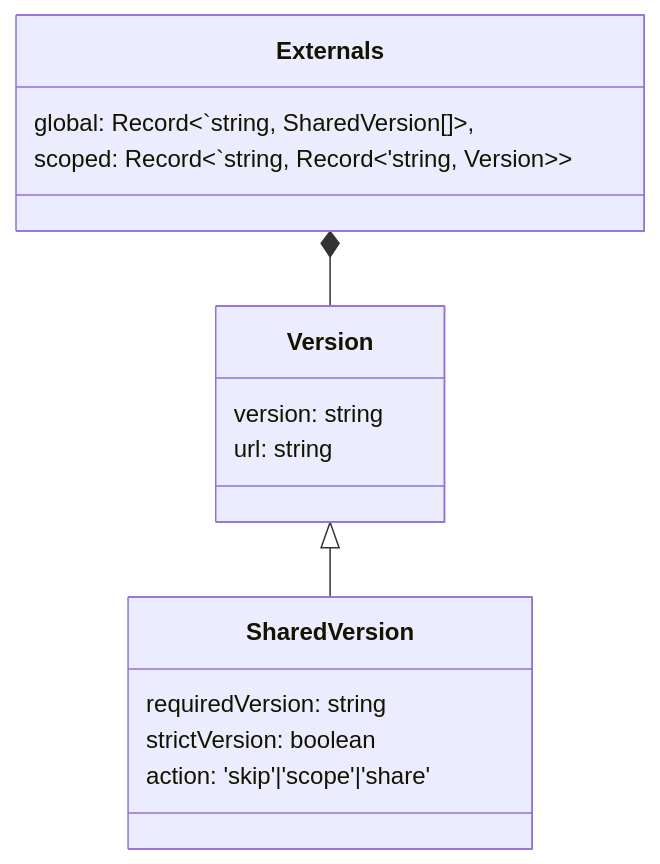
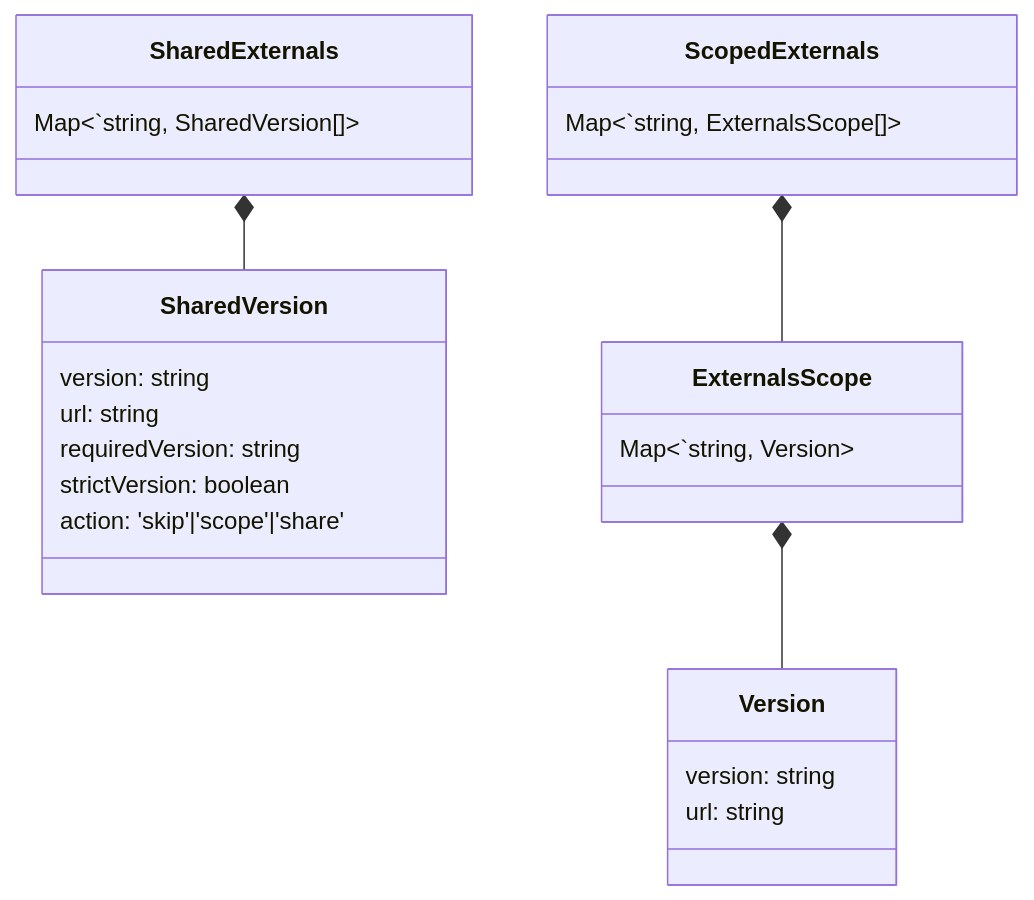
The diagram in docs/domain/externals.md (topicusonderwijs/vanilla-native-federation), drawn with Mermaid before and after one commit. The commit also changed other lines of this file and 14 other files, not shown here.

Commit message:
fix: Broke externals up into 2 entries: shared and scoped

````diff
--- a/docs/domain/externals.md
+++ b/docs/domain/externals.md
@@ -8,21 +8,29 @@
 ```mermaid
 classDiagram
-    Externals *-- Version
-    Version <|-- SharedVersion
+    SharedExternals *-- SharedVersion
+    ScopedExternals *-- ExternalsScope
+    ExternalsScope *-- Version
 
-    class Externals {
-        global: Record<`string, SharedVersion[]>,
-        scoped: Record<`string, Record<'string, Version>>
+    class SharedExternals {
+        Map<`string, SharedVersion[]>
     }
+    class SharedVersion{
+        version: string
+        url: string
+        requiredVersion: string
+        strictVersion: boolean
+        action: 'skip'|'scope'|'share'
+    }  
+    class ScopedExternals {
+        Map<`string, ExternalsScope[]>
+    } 
+    class ExternalsScope {
+        Map<`string, Version>
+    } 
     class Version{
         version: string
         url: string
     }
-    class SharedVersion{
-        requiredVersion: string
-        strictVersion: boolean
-        action: 'skip'|'scope'|'share'
-    }   
-a
+
 
 ```
````
